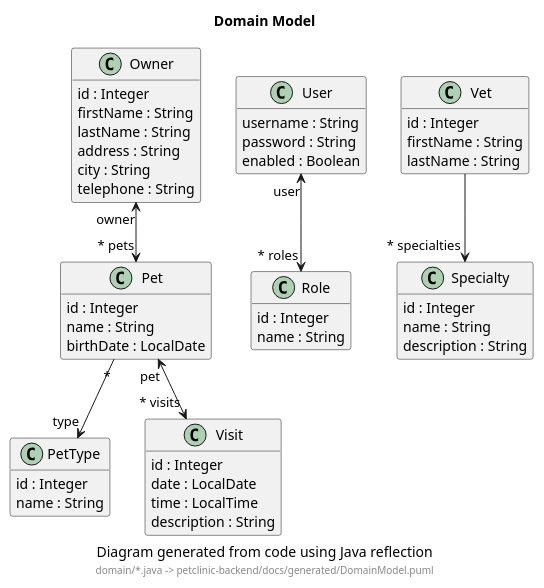
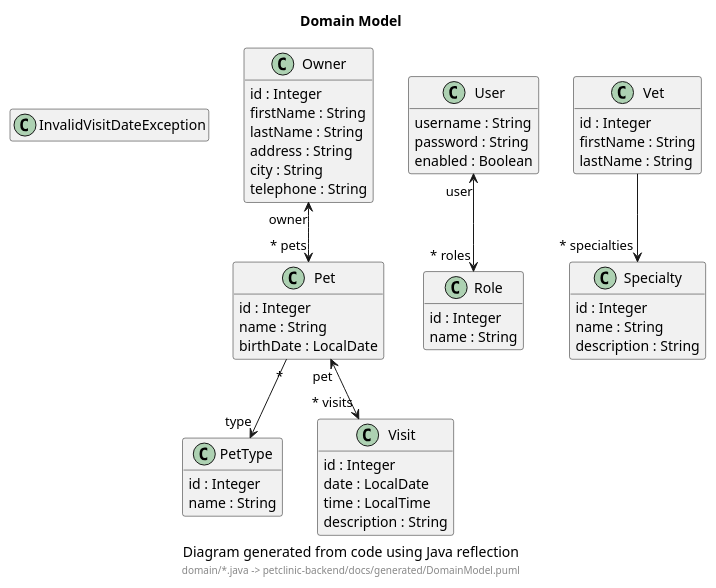
Before and after one commit to mlopes95/petclinic: the diagram in petclinic-backend/docs/generated/DomainModel.puml, drawn with PlantUML. The commit also changed 64 other files, not shown here.

First line of the commit message:
feat(#40): enforce the visit-date range end-to-end, plus course tooling

```diff
--- a/petclinic-backend/docs/generated/DomainModel.puml
+++ b/petclinic-backend/docs/generated/DomainModel.puml
@@ -1,61 +1,62 @@
 @startuml
 
 title Domain Model
 caption Diagram generated from code using Java reflection
 footer domain/*.java -> petclinic-backend/docs/generated/DomainModel.puml
 
 hide empty members
 skinparam classAttributeIconSize 0
 skinparam hyperlinkUnderline false
 skinparam hyperlinkColor #000000
 
+class InvalidVisitDateException [[src://petclinic-backend/src/main/java/victor/training/petclinic/domain/InvalidVisitDateException.java:4{Click to open in editor}]]
 class Owner [[src://petclinic-backend/src/main/java/victor/training/petclinic/domain/Owner.java:28{Click to open in editor}]] {
   id : Integer
   firstName : String
   lastName : String
   address : String
   city : String
   telephone : String
 }
 class Pet [[src://petclinic-backend/src/main/java/victor/training/petclinic/domain/Pet.java:29{Click to open in editor}]] {
   id : Integer
   name : String
   birthDate : LocalDate
 }
 class PetType [[src://petclinic-backend/src/main/java/victor/training/petclinic/domain/PetType.java:8{Click to open in editor}]] {
   id : Integer
   name : String
 }
 class Role [[src://petclinic-backend/src/main/java/victor/training/petclinic/domain/Role.java:8{Click to open in editor}]] {
   id : Integer
   name : String
 }
 class Specialty [[src://petclinic-backend/src/main/java/victor/training/petclinic/domain/Specialty.java:7{Click to open in editor}]] {
   id : Integer
   name : String
   description : String
 }
 class User [[src://petclinic-backend/src/main/java/victor/training/petclinic/domain/User.java:11{Click to open in editor}]] {
   username : String
   password : String
   enabled : Boolean
 }
 class Vet [[src://petclinic-backend/src/main/java/victor/training/petclinic/domain/Vet.java:11{Click to open in editor}]] {
   id : Integer
   firstName : String
   lastName : String
 }
 class Visit [[src://petclinic-backend/src/main/java/victor/training/petclinic/domain/Visit.java:11{Click to open in editor}]] {
   id : Integer
   date : LocalDate
   time : LocalTime
   description : String
 }
 
 Owner "owner" <--> "~* pets" Pet
 Pet "~*" --> "type" PetType
 Pet "pet" <--> "~* visits" Visit
 User "user" <--> "~* roles" Role
 Vet --> "~* specialties" Specialty
 
 @enduml
```
